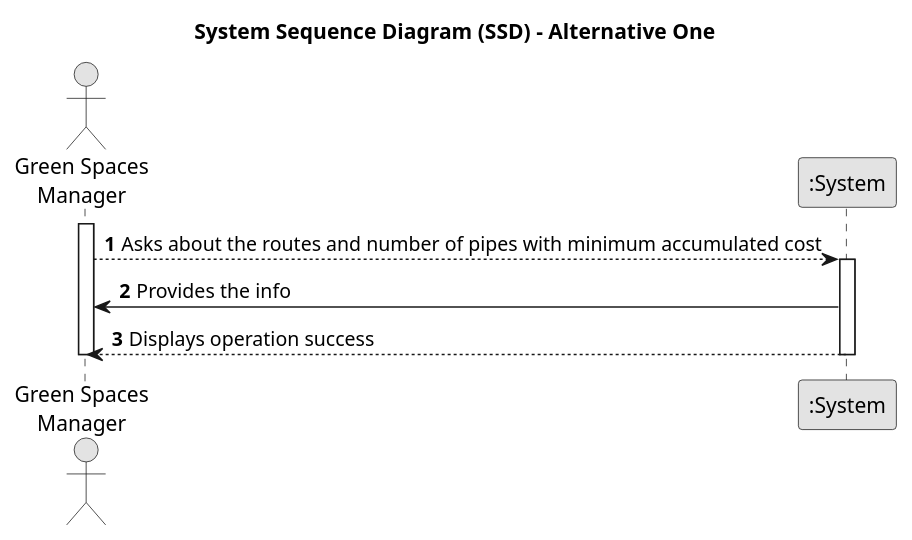
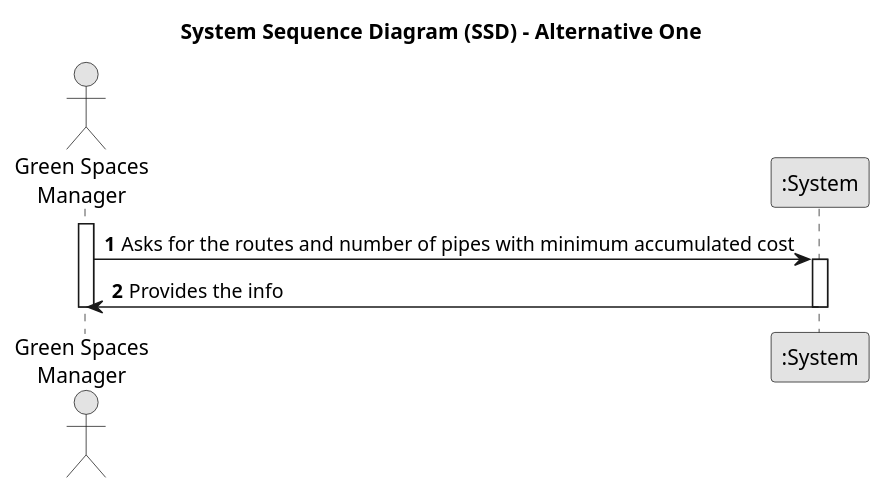
One commit to SAEmanuel/Green_Spaces_Management_ISEP changed the diagram in docs/sprintB/us013/01.requirements-engineering/puml/us013-system-sequence-diagram-alternative-one.puml. Above: the diagram before and after it, drawn with PlantUML. The commit also changed 4 other files, not shown here.

```diff
--- a/docs/sprintB/us013/01.requirements-engineering/puml/us013-system-sequence-diagram-alternative-one.puml
+++ b/docs/sprintB/us013/01.requirements-engineering/puml/us013-system-sequence-diagram-alternative-one.puml
@@ -1,23 +1,23 @@
 @startuml
 skinparam monochrome true
 skinparam packageStyle rectangle
 skinparam shadowing false
 
 title System Sequence Diagram (SSD) - Alternative One
 
 autonumber
 
 actor "Green Spaces\nManager" as GSM
 participant ":System" as System
 
         activate GSM
 
-        GSM --> System: Asks about the routes and number of pipes with minimum accumulated cost
+        GSM -> System: Asks for the routes and number of pipes with minimum accumulated cost
         activate System
 
         System -> GSM : Provides the info
-        System --> GSM : Displays operation success
+
 
         deactivate System
         deactivate GSM
 @enduml
```
